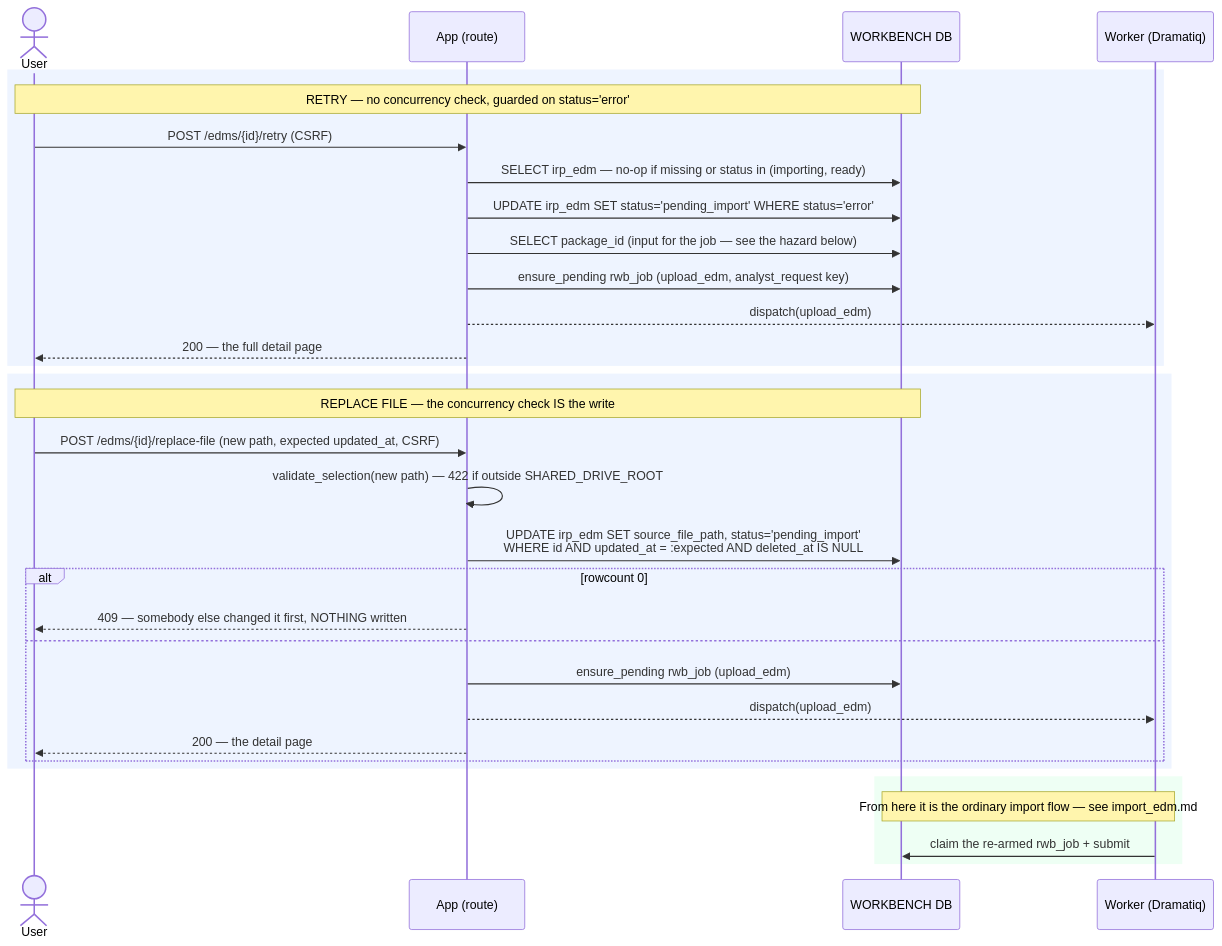
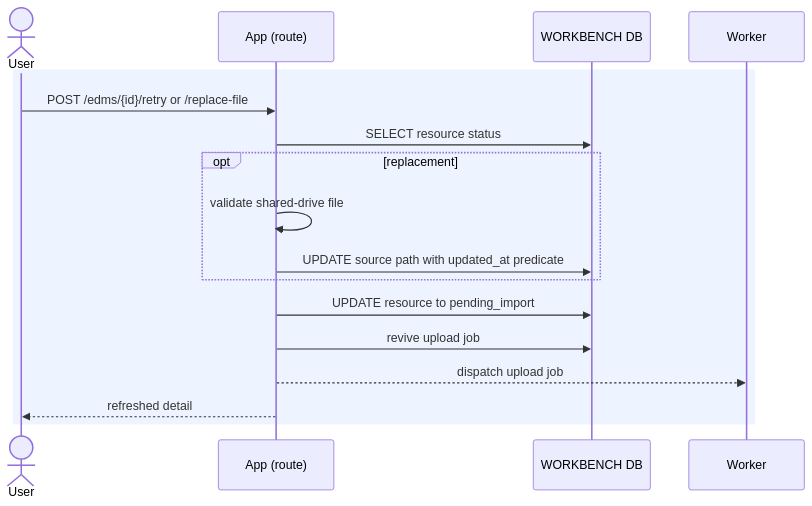
One commit to anilvenugopal/risk-workbench changed the diagram in docs/sequence_diagrams/entities/recover_import.md. Above: the diagram before and after it, drawn with Mermaid. The commit also changed other lines of this file and 22 other files, not shown here.

````diff
--- a/docs/sequence_diagrams/entities/recover_import.md
+++ b/docs/sequence_diagrams/entities/recover_import.md
@@ -43,37 +20,20 @@
 ```mermaid
 sequenceDiagram
     actor User
     participant App as App (route)
     participant DB as WORKBENCH DB
-    participant W as Worker (Dramatiq)
+    participant W as Worker
 
     rect rgb(238,244,255)
-        Note over User,DB: RETRY — no concurrency check, guarded on status='error'
-        User->>App: POST /edms/{id}/retry (CSRF)
-        App->>DB: SELECT irp_edm — no-op if missing or status in (importing, ready)
-        App->>DB: UPDATE irp_edm SET status='pending_import' WHERE status='error'
-        App->>DB: SELECT package_id  (input for the job — see the hazard below)
-        App->>DB: ensure_pending rwb_job (upload_edm, analyst_request key)
-        App-->>W: dispatch(upload_edm)
-        App-->>User: 200 — the full detail page
-    end
-
-    rect rgb(238,244,255)
-        Note over User,DB: REPLACE FILE — the concurrency check IS the write
-        User->>App: POST /edms/{id}/replace-file (new path, expected updated_at, CSRF)
-        App->>App: validate_selection(new path) — 422 if outside SHARED_DRIVE_ROOT
-        App->>DB: UPDATE irp_edm SET source_file_path, status='pending_import'<br/>WHERE id AND updated_at = :expected AND deleted_at IS NULL
-        alt rowcount 0
-            App-->>User: 409 — somebody else changed it first, NOTHING written
-        else
-            App->>DB: ensure_pending rwb_job (upload_edm)
-            App-->>W: dispatch(upload_edm)
-            App-->>User: 200 — the detail page
+        User->>App: POST /edms/{id}/retry or /replace-file
+        App->>DB: SELECT resource status
+        opt replacement
+            App->>App: validate shared-drive file
+            App->>DB: UPDATE source path with updated_at predicate
         end
-    end
-
-    rect rgb(238,255,244)
-        Note over W,DB: From here it is the ordinary import flow — see import_edm.md
-        W->>DB: claim the re-armed rwb_job + submit
+        App->>DB: UPDATE resource to pending_import
+        App->>DB: revive upload job
+        App-->>W: dispatch upload job
+        App-->>User: refreshed detail
     end
 ```
````
